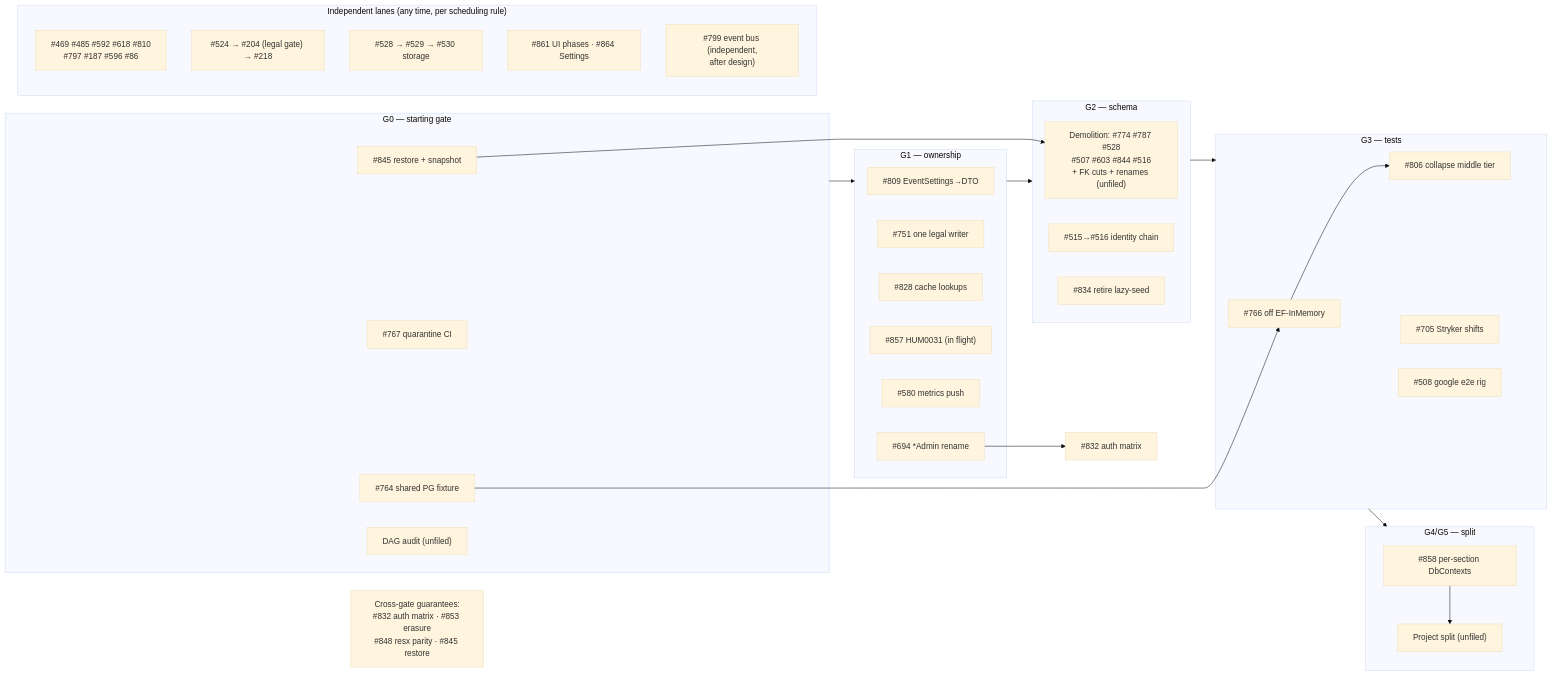
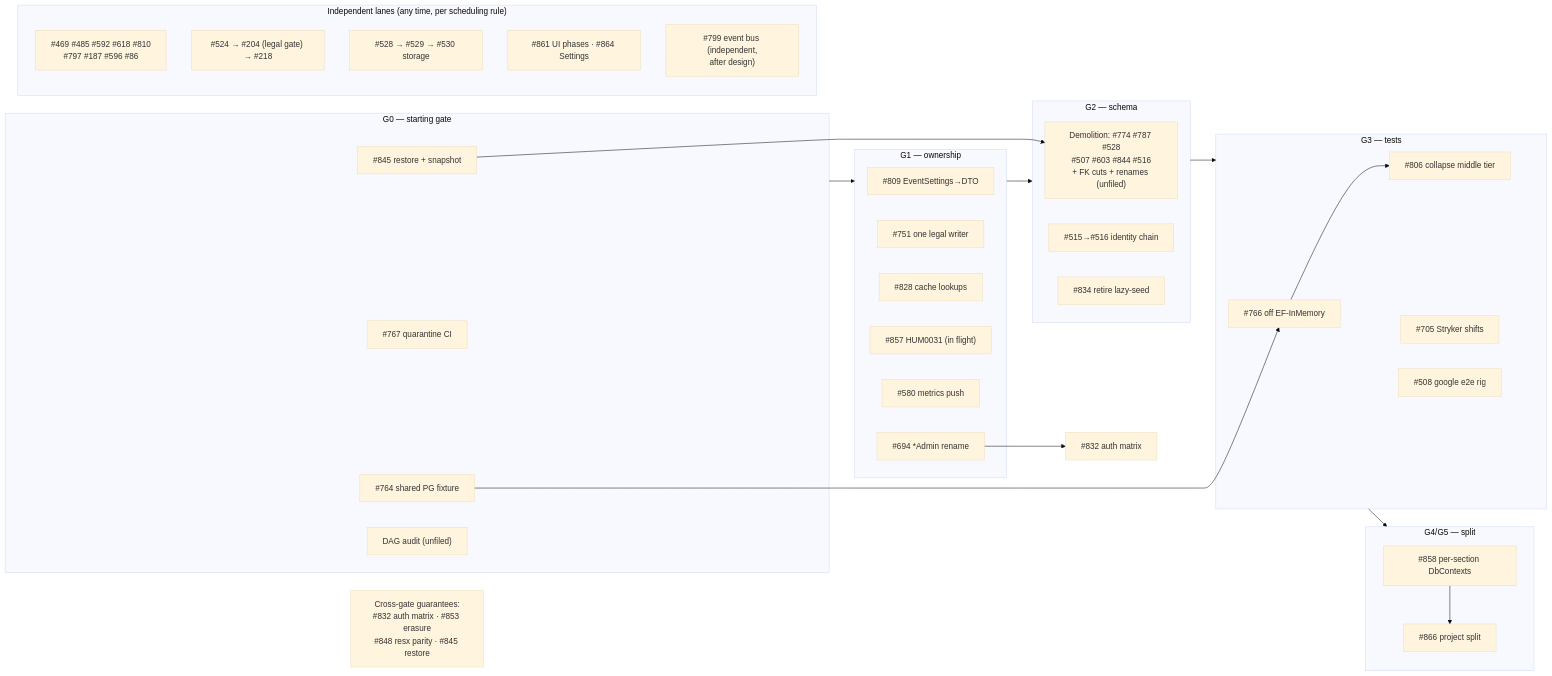
One commit to peterdrier/Humans changed the third of 3 diagrams in docs/plans/2026-06-13-q3-transition-plan.md. Above: the diagram before and after it, drawn with Mermaid (base theme). The commit also changed other lines of this file, not shown here.

First line of the commit message:
docs(q3-plan): link #866 as the project-split end-state (#999)

````diff
--- a/docs/plans/2026-06-13-q3-transition-plan.md
+++ b/docs/plans/2026-06-13-q3-transition-plan.md
@@ -213,46 +213,46 @@
 ```mermaid
 flowchart LR
     subgraph W0 ["G0 — starting gate"]
         i845["#845 restore + snapshot"]
         i767["#767 quarantine CI"]
         i764["#764 shared PG fixture"]
         dag["DAG audit (unfiled)"]
     end
     subgraph W1 ["G1 — ownership"]
         i809["#809 EventSettings→DTO"]
         i751["#751 one legal writer"]
         i828["#828 cache lookups"]
         i857["#857 HUM0031 (in flight)"]
         i580["#580 metrics push"]
         i694["#694 *Admin rename"]
     end
     subgraph W2 ["G2 — schema"]
         demo["Demolition: #774 #787 #528<br/>#507 #603 #844 #516<br/>+ FK cuts + renames (unfiled)"]
         i515["#515→#516 identity chain"]
         i834["#834 retire lazy-seed"]
     end
     subgraph W3 ["G3 — tests"]
         i766["#766 off EF-InMemory"]
         i806["#806 collapse middle tier"]
         i705["#705 Stryker shifts"]
         i508["#508 google e2e rig"]
     end
     subgraph W4 ["G4/G5 — split"]
         i858["#858 per-section DbContexts"]
-        split["Project split (unfiled)"]
+        split["#866 project split"]
     end
     cross["Cross-gate guarantees:<br/>#832 auth matrix · #853 erasure<br/>#848 resx parity · #845 restore"]
     W0 --> W1 --> W2 --> W3 --> W4
     i858 --> split
     i694 --> i832x["#832 auth matrix"]
     i845 --> demo
     i764 --> i766 --> i806
 
     subgraph features ["Independent lanes (any time, per scheduling rule)"]
         f1["#469 #485 #592 #618 #810<br/>#797 #187 #596 #86"]
         f2["#524 → #204 (legal gate) → #218"]
         f3["#528 → #529 → #530 storage"]
         f4["#861 UI phases · #864 Settings"]
         f5["#799 event bus (independent,<br/>after design)"]
     end
 ```
````
